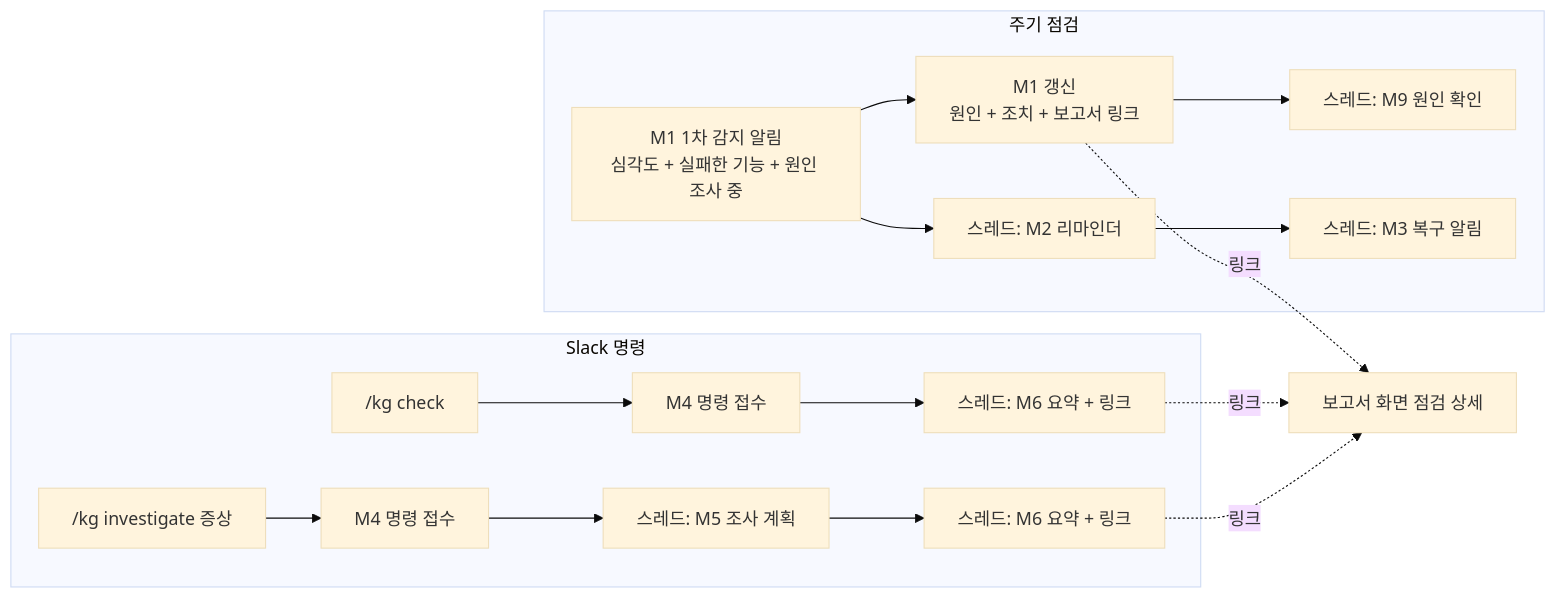
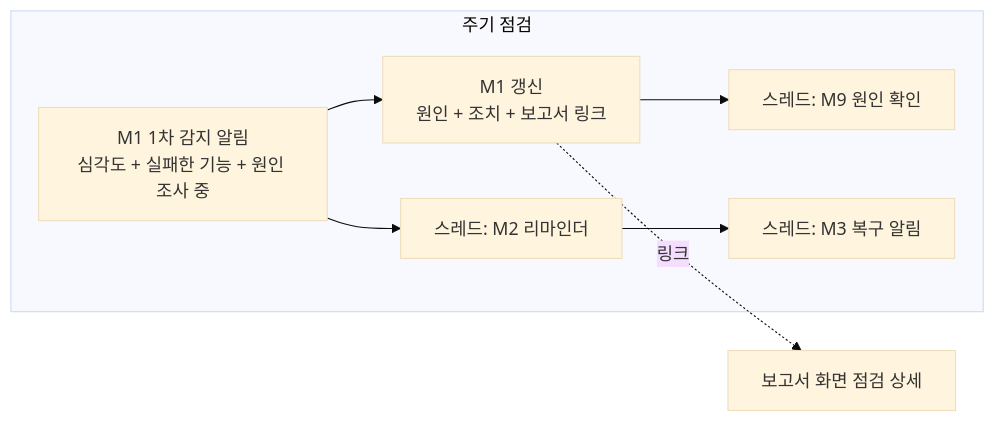
Before and after one commit to skax-jihyeryu/KubeGuardian: the diagram in docs/04-ui-spec.md, drawn with Mermaid (base theme). The commit also changed other lines of this file and 3 other files, not shown here.

````diff
--- a/docs/04-ui-spec.md
+++ b/docs/04-ui-spec.md
@@ -68,16 +65,10 @@
 ```mermaid
 flowchart LR
     subgraph 주기 점검
         A0[M1 1차 감지 알림<br/>심각도 + 실패한 기능 + 원인 조사 중] --> A[M1 갱신<br/>원인 + 조치 + 보고서 링크]
         A --> A2[스레드: M9 원인 확인]
         A0 --> A1[스레드: M2 리마인더]
         A1 --> A3[스레드: M3 복구 알림]
     end
-    subgraph Slack 명령
-        C1["/kg check"] --> B[M4 명령 접수] --> B2[스레드: M6 요약 + 링크]
-        C2["/kg investigate 증상"] --> D[M4 명령 접수] --> D2[스레드: M5 조사 계획] --> D3[스레드: M6 요약 + 링크]
-    end
     A -. 링크 .-> R[보고서 화면 점검 상세]
-    B2 -. 링크 .-> R
-    D3 -. 링크 .-> R
 ```
````
